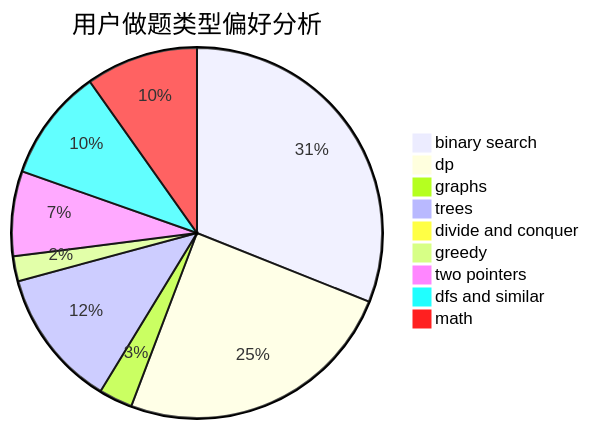
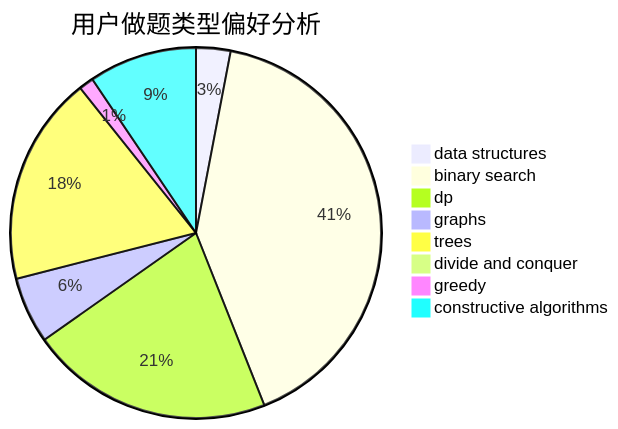
One commit to sherpahu/cfrs.github.io changed the second of 3 diagrams in docs/user/u2680.md. Above: the diagram before and after it, drawn with Mermaid. The commit also changed other lines of this file and 2775 other files, not shown here.

````diff
--- a/docs/user/u2680.md
+++ b/docs/user/u2680.md
@@ -23,12 +23,11 @@
 ```mermaid
 pie title 用户做题类型偏好分析
-    "binary search" :  285
-    "dp" :  227
+    "data structures" :  14
+    "binary search" :  191
+    "dp" :  99
     "graphs" :  27
-    "trees" :  111
+    "trees" :  85
     "divide and conquer" :  0
-    "greedy" :  20
-    "two pointers" :  68
-    "dfs and similar" :  90
-    "math" :  90
+    "greedy" :  6
+    "constructive algorithms" :  44
 ```
````
